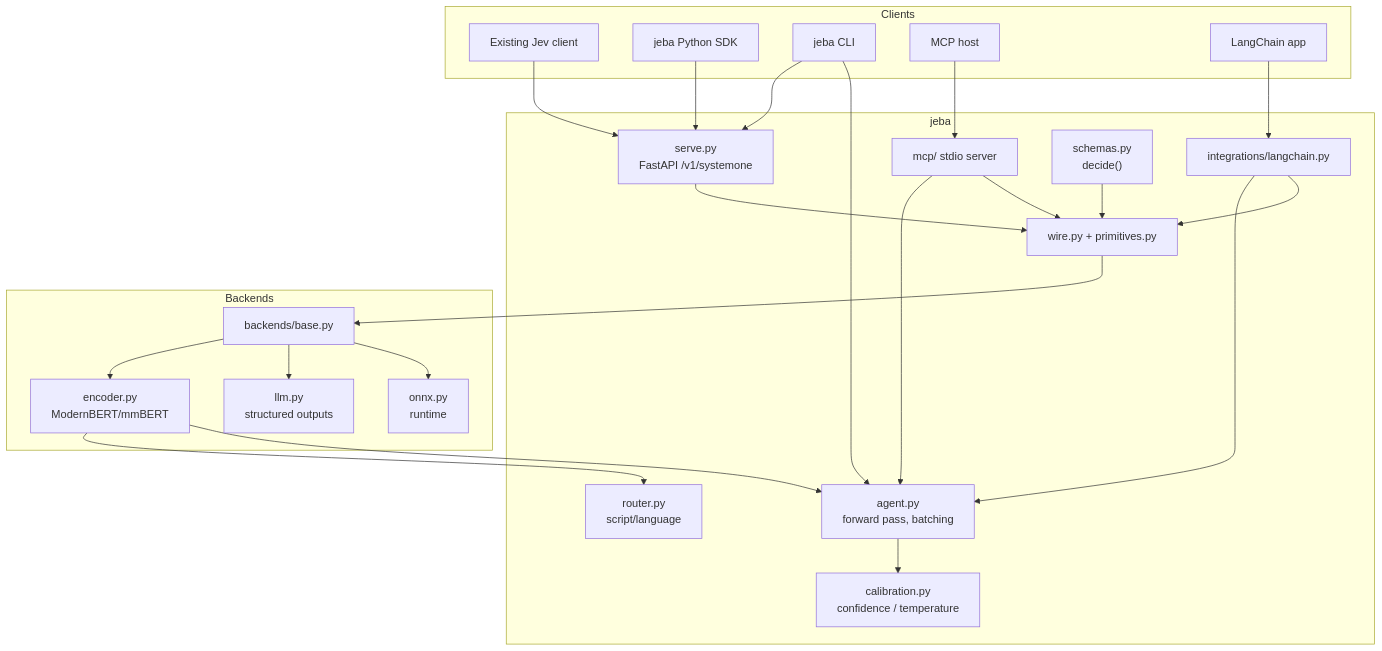
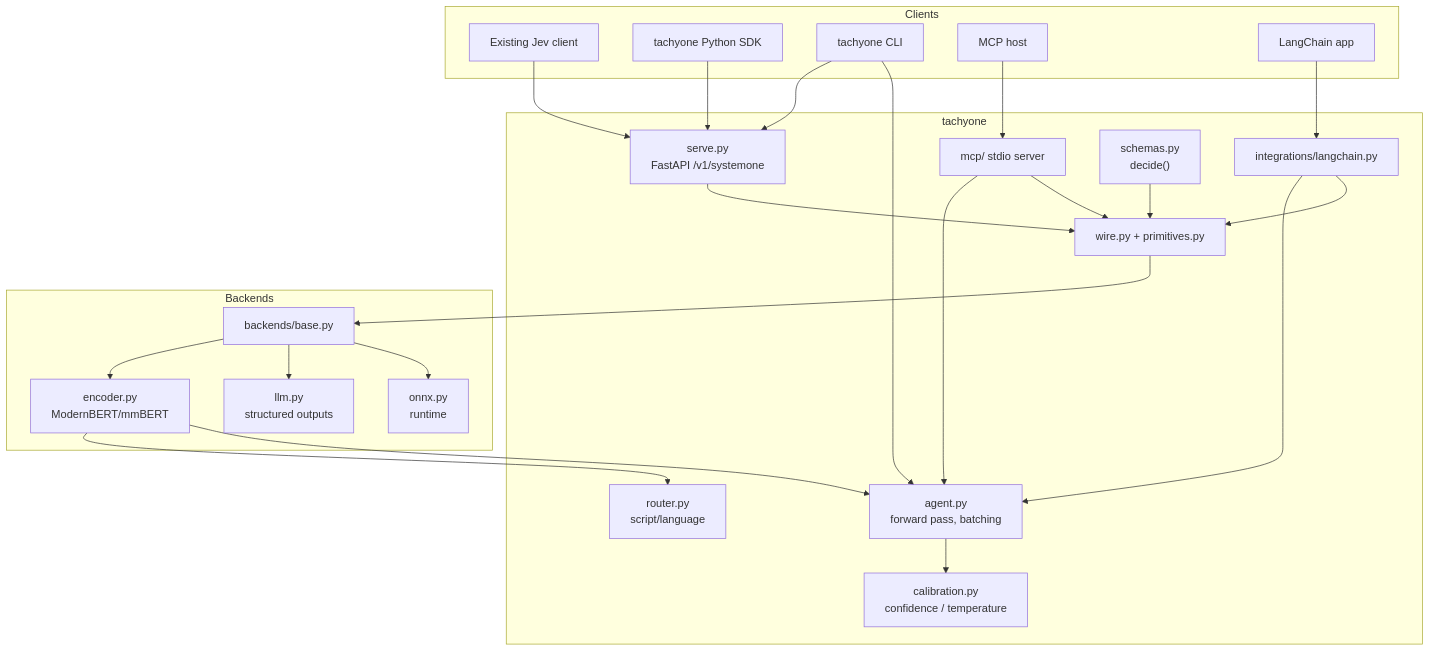
One commit to munod/tachyone changed the first of 3 diagrams in docs/architecture.md. Above: the diagram before and after it, drawn with Mermaid. The commit also changed other lines of this file and 134 other files, not shown here.

````diff
--- a/docs/architecture.md
+++ b/docs/architecture.md
@@ -29,47 +29,47 @@
 ```mermaid
 graph TB
     subgraph Clients
         JC["Existing Jev client"]
-        SDK["jeba Python SDK"]
-        CLI["jeba CLI"]
+        SDK["tachyone Python SDK"]
+        CLI["tachyone CLI"]
         MCPC["MCP host"]
         LC["LangChain app"]
     end
 
-    subgraph jeba
+    subgraph tachyone
         SRV["serve.py<br/>FastAPI /v1/systemone"]
         MCP["mcp/ stdio server"]
         INT["integrations/langchain.py"]
         WIRE["wire.py + primitives.py"]
         AGENT["agent.py<br/>forward pass, batching"]
         ROUTER["router.py<br/>script/language"]
         CAL["calibration.py<br/>confidence / temperature"]
         SCH["schemas.py<br/>decide()"]
     end
 
     subgraph Backends
         BA["backends/base.py"]
         BE["encoder.py<br/>ModernBERT/mmBERT"]
         BL["llm.py<br/>structured outputs"]
         BO["onnx.py<br/>runtime"]
     end
 
     JC --> SRV
     SDK --> SRV
     CLI --> SRV
     CLI --> AGENT
     MCPC --> MCP --> AGENT
     LC --> INT --> AGENT
 
     SRV --> WIRE
     MCP --> WIRE
     INT --> WIRE
     WIRE --> BA
     BA --> BE
     BA --> BL
     BA --> BO
     BE --> ROUTER
     BE --> AGENT
     AGENT --> CAL
     SCH --> WIRE
 ```
````
